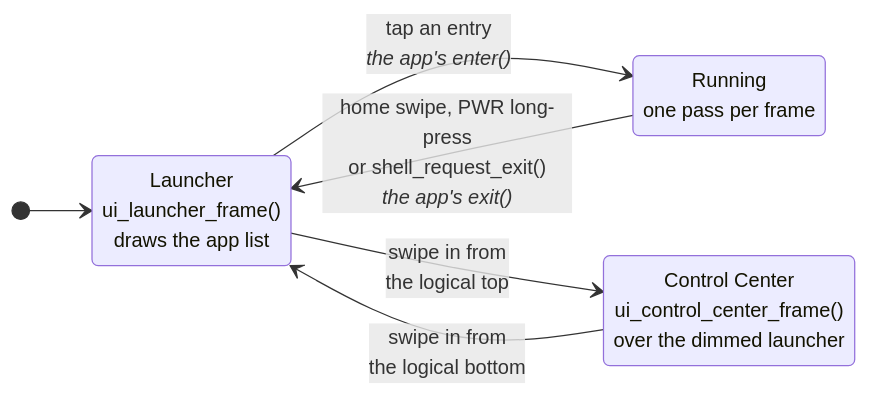
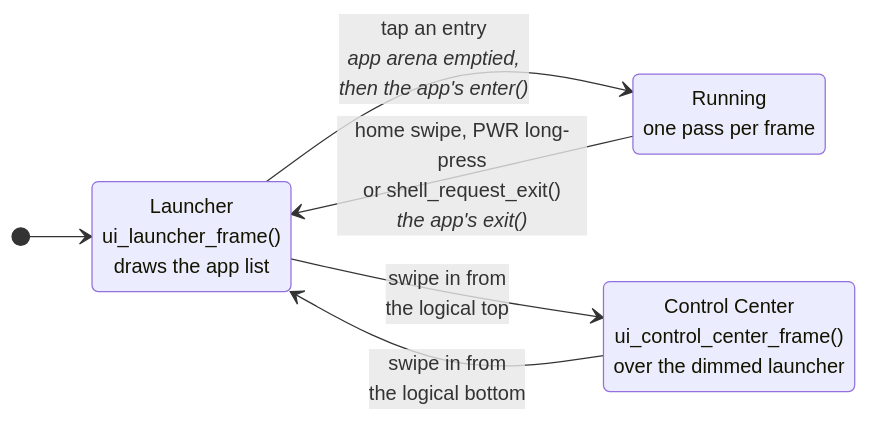
The second of 3 diagrams in docs/Launcher-Architecture.md (jose-villegas/autana), drawn with Mermaid before and after one commit. The commit also changed 3 other files, not shown here.

Commit message:
docs: the arena is rewound before enter(), in the lifecycle diagram too

````diff
--- a/docs/Launcher-Architecture.md
+++ b/docs/Launcher-Architecture.md
@@ -420,14 +420,14 @@
 ```mermaid
 stateDiagram-v2
     direction LR
     [*] --> Launcher
 
     Running : Running<br/>one pass per frame
     Launcher : Launcher<br/>ui_launcher_frame()<br/>draws the app list
     ControlCenter : Control Center<br/>ui_control_center_frame()<br/>over the dimmed launcher
 
-    Launcher --> Running: tap an entry<br/><i>the app's enter()</i>
+    Launcher --> Running: tap an entry<br/><i>app arena emptied,<br/>then the app's enter()</i>
     Running --> Launcher: home swipe, PWR long-press<br/>or shell_request_exit()<br/><i>the app's exit()</i>
     Launcher --> ControlCenter: swipe in from<br/>the logical top
     ControlCenter --> Launcher: swipe in from<br/>the logical bottom
 ```
````
